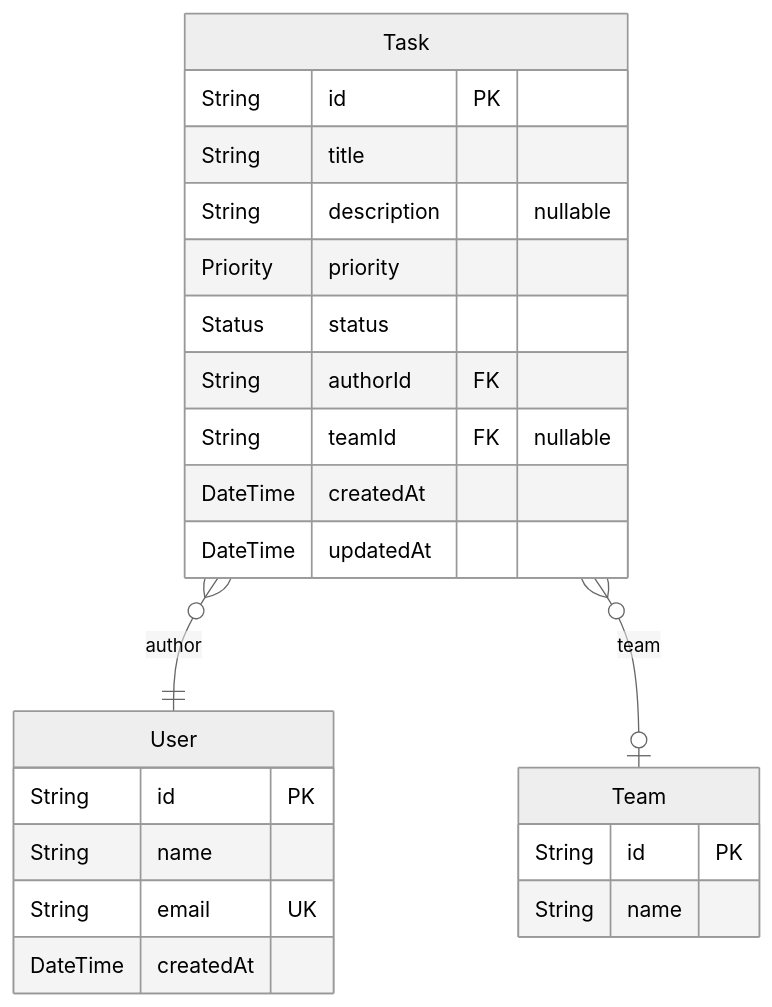
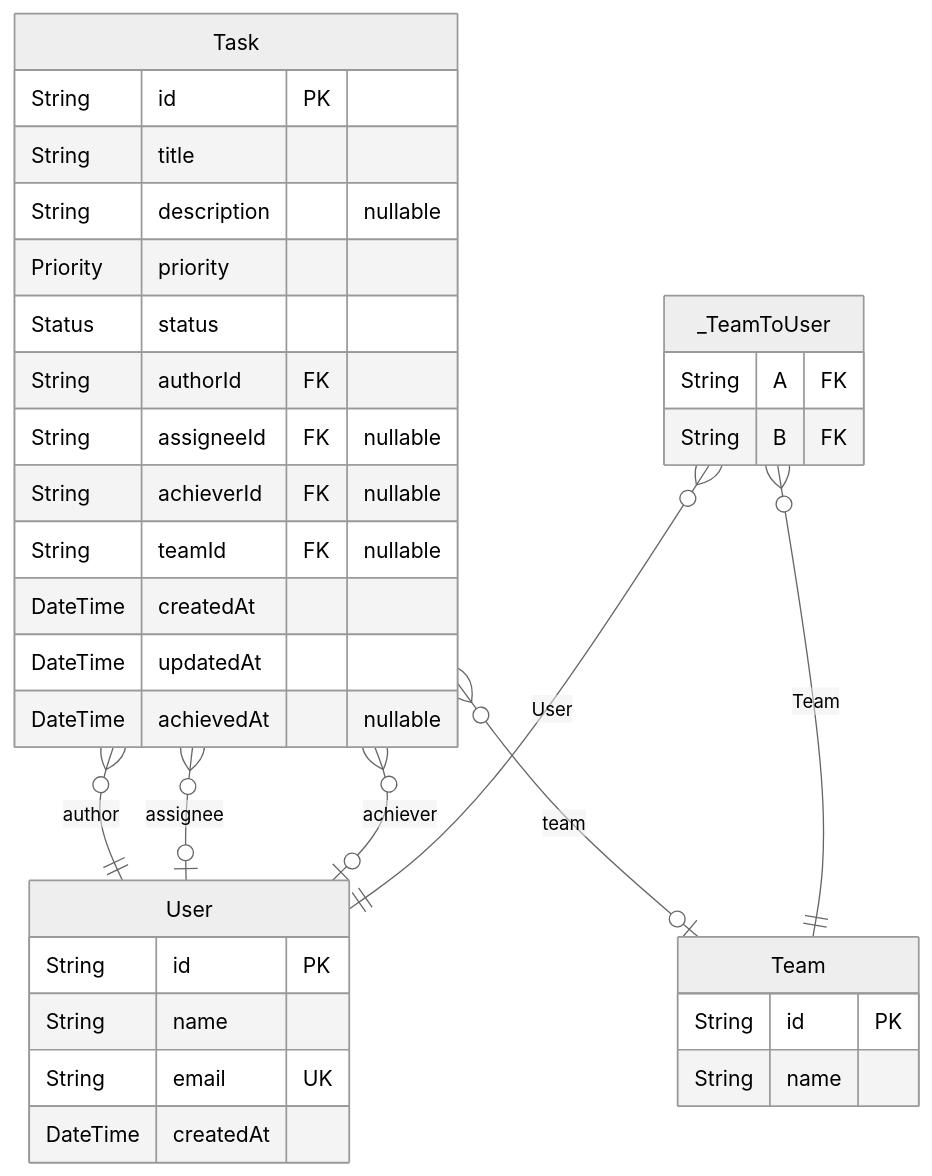
Before and after one commit to superhorin/TaskEnce: the diagram in docs/ERD.md, drawn with Mermaid (neutral theme). The commit also changed other lines of this file and 6 other files, not shown here.

````diff
--- a/docs/ERD.md
+++ b/docs/ERD.md
@@ -9,26 +9,37 @@
 ```mermaid
 erDiagram
 "User" {
   String id PK
   String name
   String email UK
   DateTime createdAt
 }
 "Team" {
   String id PK
   String name
 }
 "Task" {
   String id PK
   String title
   String description "nullable"
   Priority priority
   Status status
   String authorId FK
+  String assigneeId FK "nullable"
+  String achieverId FK "nullable"
   String teamId FK "nullable"
   DateTime createdAt
   DateTime updatedAt
+  DateTime achievedAt "nullable"
+}
+"_TeamToUser" {
+  String A FK
+  String B FK
 }
 "Task" }o--|| "User" : author
+"Task" }o--o| "User" : assignee
+"Task" }o--o| "User" : achiever
 "Task" }o--o| "Team" : team
+"_TeamToUser" }o--|| "Team" : Team
+"_TeamToUser" }o--|| "User" : User
 ```
````
